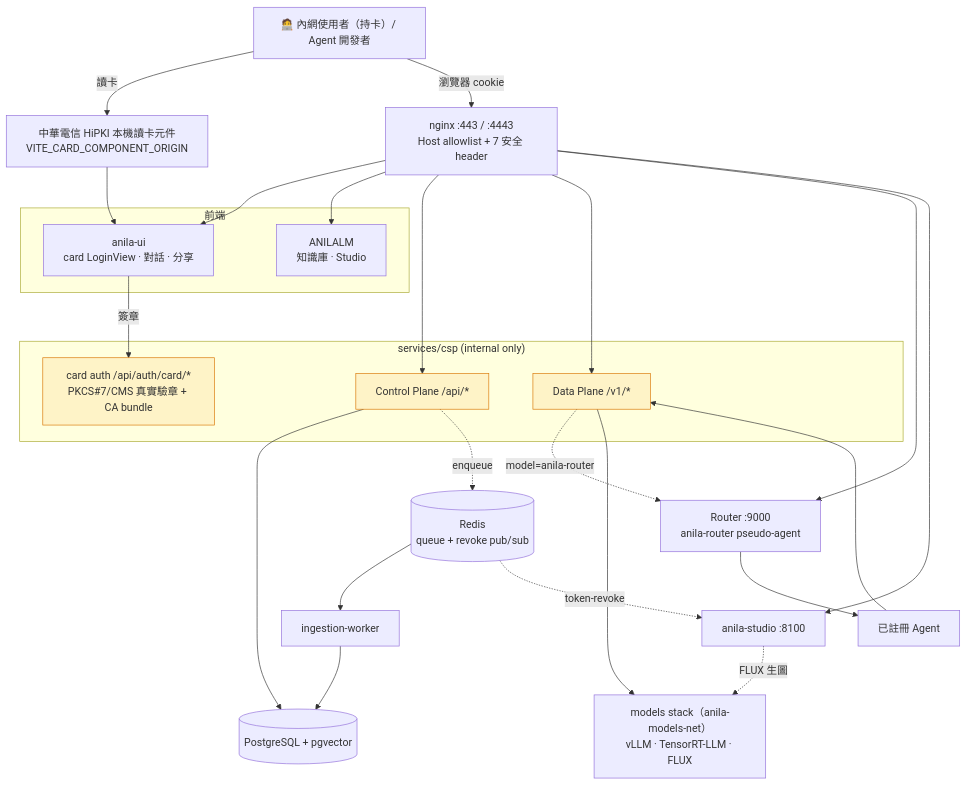
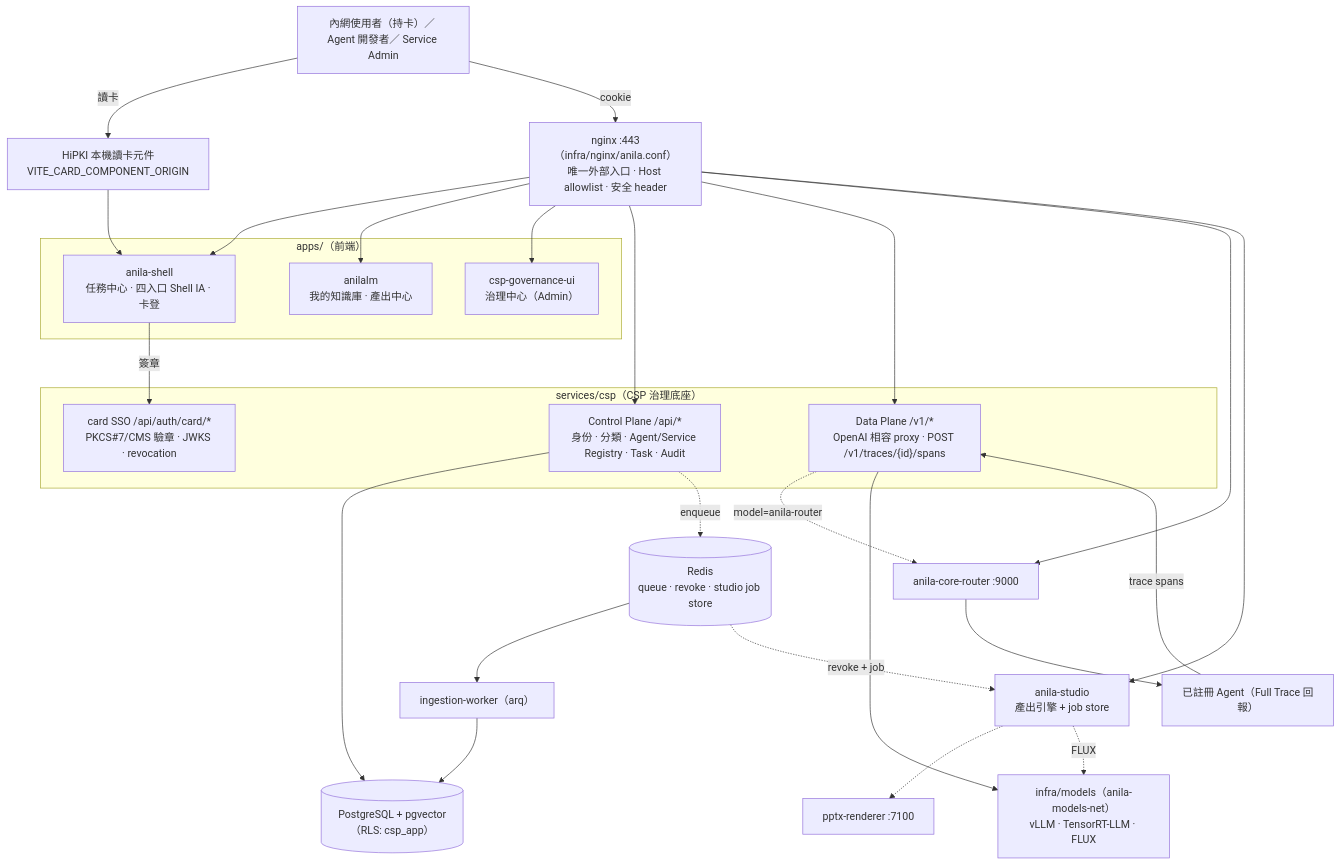
One commit to zzw09773/ANILA changed the diagram in README.md. Above: the diagram before and after it, drawn with Mermaid. The commit also changed other lines of this file and 29 other files, not shown here.

````diff
--- a/README.md
+++ b/README.md
@@ -58,38 +61,38 @@
 ```mermaid
 flowchart TB
-    users["🧑‍💻 內網使用者（持卡）/ Agent 開發者"]
-    card["中華電信 HiPKI 本機讀卡元件<br/>VITE_CARD_COMPONENT_ORIGIN"]
-    nginx["nginx :443 / :4443<br/>Host allowlist + 7 安全 header"]
+    users["內網使用者（持卡）／ Agent 開發者／ Service Admin"]
+    card["HiPKI 本機讀卡元件<br/>VITE_CARD_COMPONENT_ORIGIN"]
+    nginx["nginx :443（infra/nginx/anila.conf）<br/>唯一外部入口 · Host allowlist · 安全 header"]
 
-    subgraph spas["前端"]
-        anila_ui["anila-ui<br/>card LoginView · 對話 · 分享"]
-        anilalm["ANILALM<br/>知識庫 · Studio"]
+    subgraph apps["apps/（前端）"]
+        shell["anila-shell<br/>任務中心 · 四入口 Shell IA · 卡登"]
+        alm["anilalm<br/>我的知識庫 · 產出中心"]
+        gov["csp-governance-ui<br/>治理中心（Admin）"]
     end
 
-    subgraph csp["services/csp (internal only)"]
-        csp_auth["card auth /api/auth/card/*<br/>PKCS#7/CMS 真實驗章 + CA bundle"]
-        csp_ctrl["Control Plane /api/*"]
-        csp_data["Data Plane /v1/*"]
+    subgraph csp["services/csp（CSP 治理底座）"]
+        ctrl["Control Plane /api/*<br/>身份 · 分類 · Agent/Service Registry · Task · Audit"]
+        data["Data Plane /v1/*<br/>OpenAI 相容 proxy · POST /v1/traces/{id}/spans"]
+        auth["card SSO /api/auth/card/*<br/>PKCS#7/CMS 驗章 · JWKS · revocation"]
     end
 
-    studio["anila-studio :8100"]
-    router_core["Router :9000<br/>anila-router pseudo-agent"]
-    agents["已註冊 Agent"]
-    redis[("Redis<br/>queue + revoke pub/sub")]
-    worker["ingestion-worker"]
-    llm["models stack（anila-models-net）<br/>vLLM · TensorRT-LLM · FLUX"]
-    db[("PostgreSQL + pgvector")]
+    router["anila-core-router :9000"]
+    studio["anila-studio<br/>產出引擎 + job store"]
+    pptx["pptx-renderer :7100"]
+    worker["ingestion-worker（arq）"]
+    agents["已註冊 Agent（Full Trace 回報）"]
+    redis[("Redis<br/>queue · revoke · studio job store")]
+    db[("PostgreSQL + pgvector（RLS: csp_app）")]
+    models["infra/models（anila-models-net）<br/>vLLM · TensorRT-LLM · FLUX"]
 
-    users -->|讀卡| card --> anila_ui
-    users -->|瀏覽器 cookie| nginx --> anila_ui & anilalm & csp_ctrl & csp_data & router_core & studio
-    anila_ui -->|簽章| csp_auth
-    csp_data -.->|model=anila-router| router_core --> agents --> csp_data
-    csp_ctrl --> db
-    csp_data --> llm
-    csp_ctrl -.->|enqueue| redis --> worker --> db
-    studio -.->|FLUX 生圖| llm
-    redis -.->|token-revoke| studio
-
-    classDef plane fill:#fef3c7,stroke:#d97706
-    class csp_ctrl,csp_data,csp_auth plane
+    users -->|讀卡| card --> shell
+    users -->|cookie| nginx --> shell & alm & gov & ctrl & data & router & studio
+    shell -->|簽章| auth
+    data -.->|model=anila-router| router --> agents -->|trace spans| data
+    ctrl --> db
+    data --> models
+    ctrl -.->|enqueue| redis --> worker --> db
+    studio -.-> pptx
+    studio -.->|FLUX| models
+    redis -.->|revoke + job| studio
 ```
````
